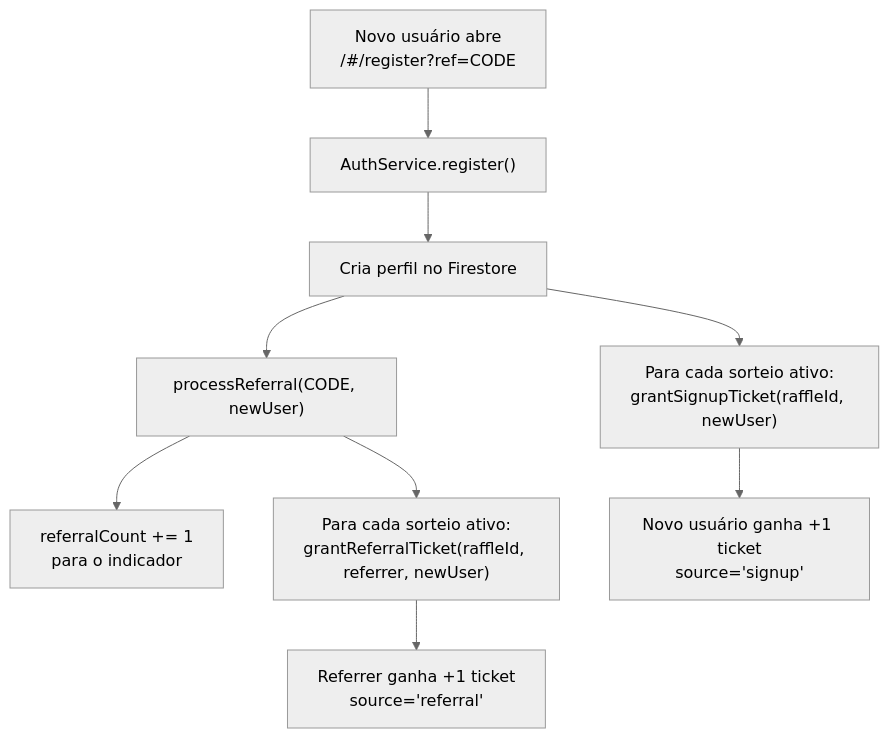
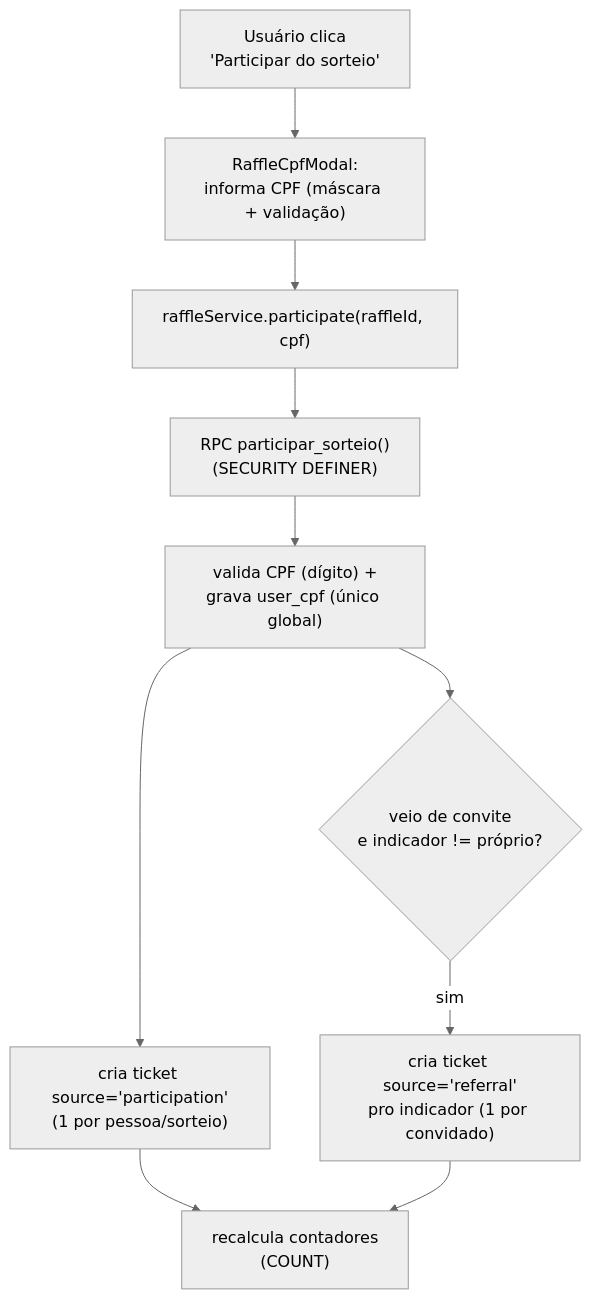
The first of 2 diagrams in docs/features/raffles.md (oziaudiovisual/cinesafe), drawn with Mermaid (neutral theme) before and after one commit. The commit also changed other lines of this file and 20 other files, not shown here.

First line of the commit message:
feat: máscara de moeda BRL + antifraude de sorteios (CPF) e remoção do leaderboard

````diff
--- a/docs/features/raffles.md
+++ b/docs/features/raffles.md
@@ -58,11 +60,12 @@
 ```mermaid
 flowchart TD
-    A["Novo usuário abre<br/>/#/register?ref=CODE"] --> B["AuthService.register()"]
-    B --> C["Cria perfil no Firestore"]
-    C --> D["processReferral(CODE, newUser)"]
-    D --> E["referralCount += 1<br/>para o indicador"]
-    D --> F["Para cada sorteio ativo:<br/>grantReferralTicket(raffleId, referrer, newUser)"]
-    F --> G["Referrer ganha +1 ticket<br/>source='referral'"]
-    C --> H["Para cada sorteio ativo:<br/>grantSignupTicket(raffleId, newUser)"]
-    H --> I["Novo usuário ganha +1 ticket<br/>source='signup'"]
+    A["Usuário clica<br/>'Participar do sorteio'"] --> B["RaffleCpfModal:<br/>informa CPF (máscara + validação)"]
+    B --> C["raffleService.participate(raffleId, cpf)"]
+    C --> D["RPC participar_sorteio()<br/>(SECURITY DEFINER)"]
+    D --> E["valida CPF (dígito) +<br/>grava user_cpf (único global)"]
+    E --> F["cria ticket source='participation'<br/>(1 por pessoa/sorteio)"]
+    E --> G{"veio de convite<br/>e indicador != próprio?"}
+    G -->|sim| H["cria ticket source='referral'<br/>pro indicador (1 por convidado)"]
+    F --> I["recalcula contadores<br/>(COUNT)"]
+    H --> I
 ```
````
